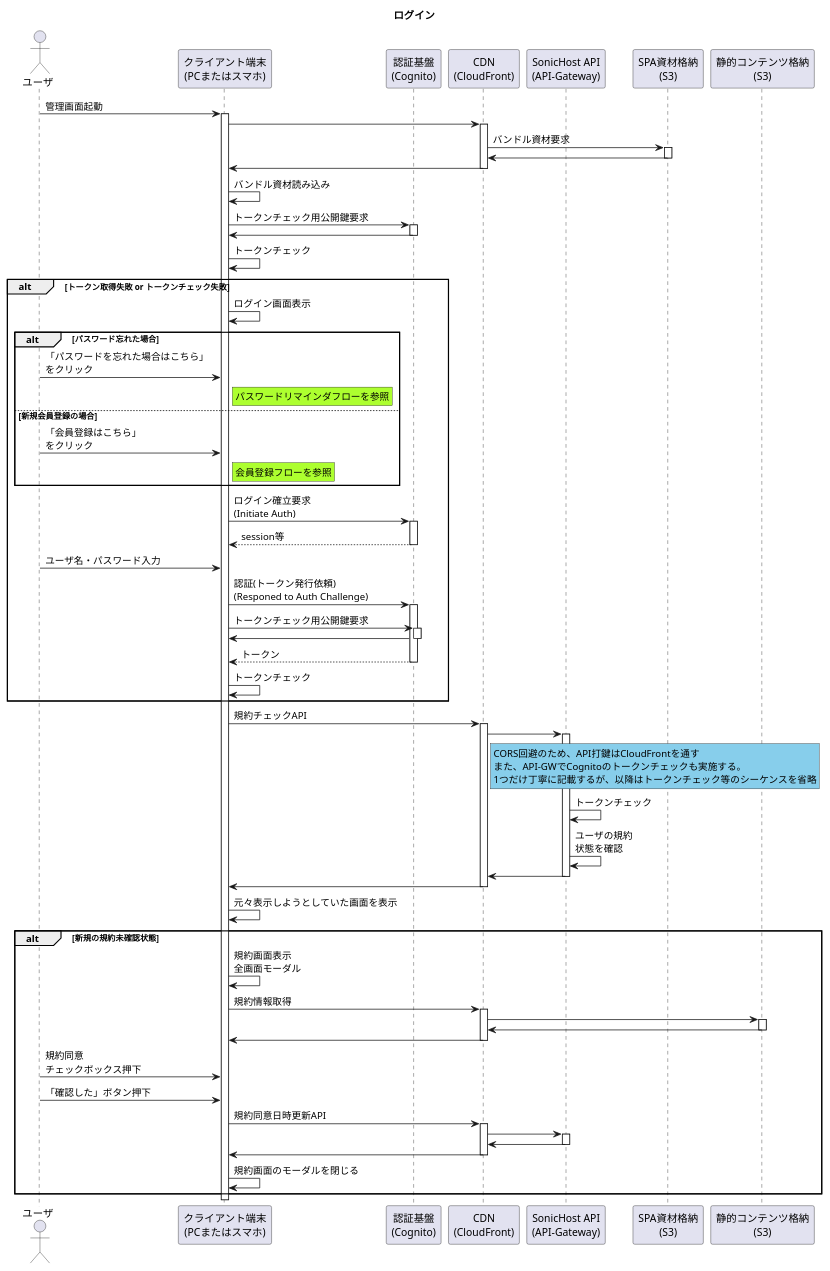
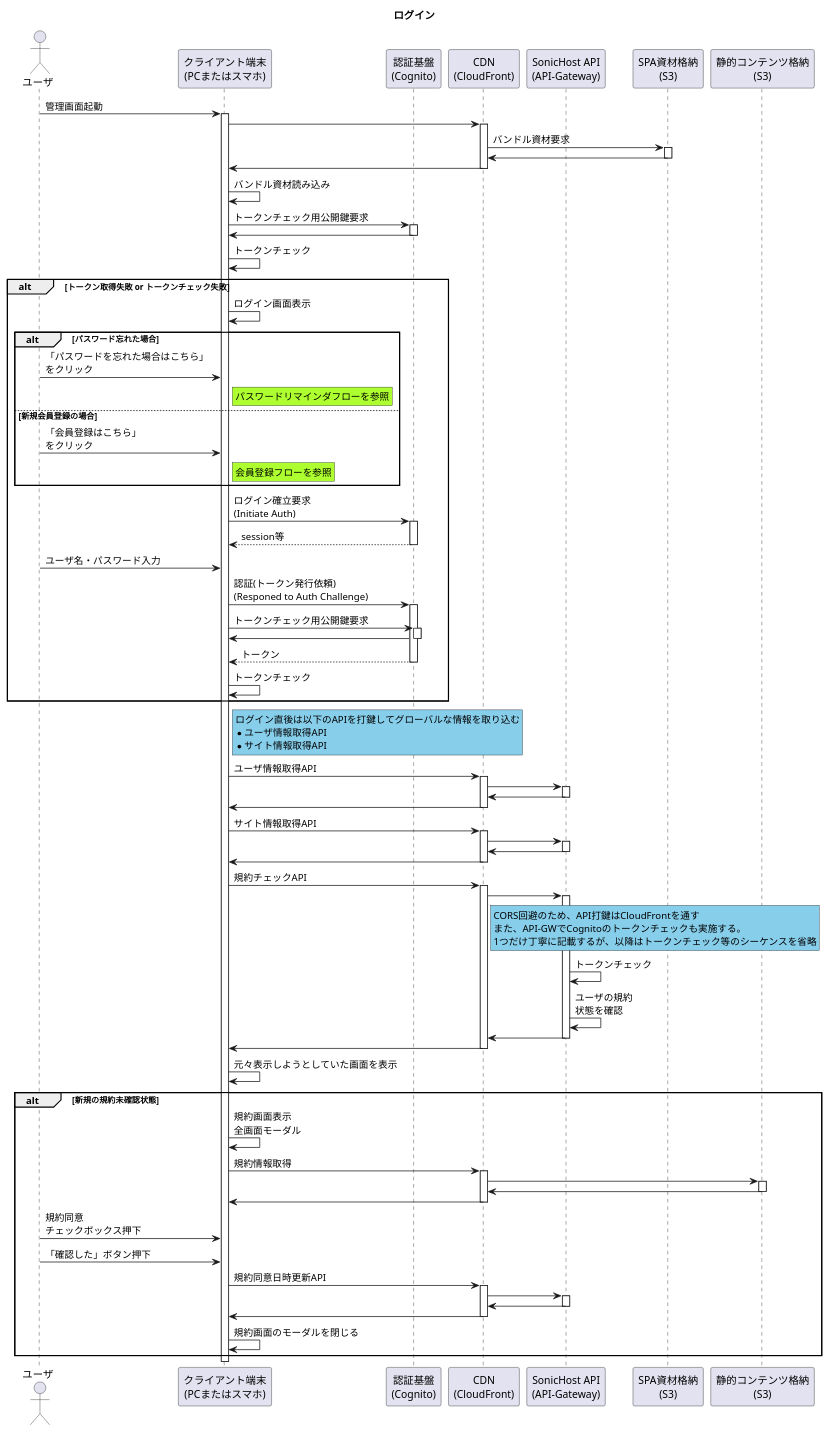
The diagram in 01_Sequences/00_Authentication/00_Login_Flow/LoginFlow.pu (Sonic-Host/documents), drawn with PlantUML before and after one commit.

Commit message:
ログイン直後に打鍵するAPIの除法を追加

```diff
--- a/01_Sequences/00_Authentication/00_Login_Flow/LoginFlow.pu
+++ b/01_Sequences/00_Authentication/00_Login_Flow/LoginFlow.pu
@@ -1,78 +1,91 @@
 @startuml ログイン
 title ログイン
 
 
 ' アクター定義
 actor "ユーザ" as user
 participant "クライアント端末\n(PCまたはスマホ)" as device
 participant "認証基盤\n(Cognito)" as cognito
 participant "CDN\n(CloudFront)" as cdn
 participant "SonicHost API\n(API-Gateway)" as api
 participant "SPA資材格納\n(S3)" as spa
 participant "静的コンテンツ格納\n(S3)" as static
 
 ' 起動
 user -> device ++ : 管理画面起動
 device -> cdn ++
 cdn -> spa ++ : バンドル資材要求
 cdn <- spa --
 device <- cdn --
 device ->device : バンドル資材読み込み
 device -> cognito ++ : トークンチェック用公開鍵要求
 device <- cognito --
 device -> device: トークンチェック
 ' トークンチェック
 alt トークン取得失敗 or トークンチェック失敗
     device -> device : ログイン画面表示
     alt パスワード忘れた場合
         user -> device : 「パスワードを忘れた場合はこちら」\nをクリック
         rnote right of device #GreenYellow
             パスワードリマインダフローを参照
         end note
     else 新規会員登録の場合
         user -> device: 「会員登録はこちら」\nをクリック
         rnote right of device #GreenYellow
             会員登録フローを参照
         end note
     end 
     device -> cognito ++ : ログイン確立要求\n(Initiate Auth)
     device <-- cognito -- : session等
     user -> device : ユーザ名・パスワード入力
     device -> cognito ++ : 認証(トークン発行依頼)\n(Responed to Auth Challenge)
     device -> cognito ++ : トークンチェック用公開鍵要求
     device <- cognito --
     device <-- cognito -- : トークン
     device -> device : トークンチェック
 end 
 ' 規約確認
+rnote right of device #SkyBlue
+    ログイン直後は以下のAPIを打鍵してグローバルな情報を取り込む
+    * ユーザ情報取得API
+    * サイト情報取得API
+end note 
+device -> cdn ++ : ユーザ情報取得API
+cdn -> api ++ 
+cdn <- api --
+device <- cdn --
+device -> cdn ++ : サイト情報取得API
+cdn -> api ++
+cdn <- api --
+device <- cdn -- 
 device -> cdn ++ : 規約チェックAPI
 cdn -> api ++
 rnote right of cdn #SkyBlue
     CORS回避のため、API打鍵はCloudFrontを通す
     また、API-GWでCognitoのトークンチェックも実施する。
     1つだけ丁寧に記載するが、以降はトークンチェック等のシーケンスを省略
 end note
 api -> api : トークンチェック
 api -> api : ユーザの規約\n状態を確認
 cdn <- api --
 device <- cdn --
 device -> device : 元々表示しようとしていた画面を表示
 alt 新規の規約未確認状態
     device -> device : 規約画面表示\n全画面モーダル
     device -> cdn ++ : 規約情報取得
     cdn -> static ++ 
     cdn <- static --
     device <- cdn --
     user -> device : 規約同意\nチェックボックス押下
     user -> device : 「確認した」ボタン押下
     device -> cdn ++ : 規約同意日時更新API
     cdn -> api ++ 
     cdn <- api --
     device <- cdn --
     device -> device : 規約画面のモーダルを閉じる
 end
 
 
 
 
 @enduml
```
